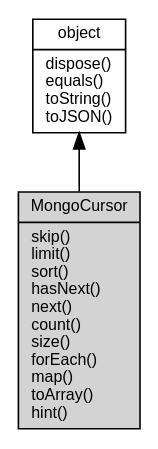
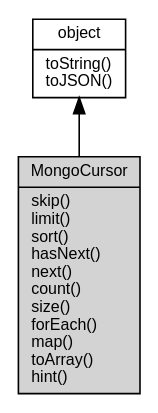
Before and after one commit to asionius/fibjs-ceph: the diagram in docs/object/ifs/MongoCursor.md, drawn with Graphviz. The commit also changed other lines of this file and 138 other files, not shown here.

````diff
--- a/docs/object/ifs/MongoCursor.md
+++ b/docs/object/ifs/MongoCursor.md
@@ -5,10 +5,10 @@
 ```dot
 digraph {
     node [fontname="Helvetica,sans-Serif", fontsize=10, shape="record", style="filled", fillcolor="white"];
 
-    object [tooltip="object", URL="object.md", label="{object|dispose()\lequals()\ltoString()\ltoJSON()\l}"];
-    MongoCursor [tooltip="MongoCursor", fillcolor="lightgray", label="{MongoCursor|skip()\llimit()\lsort()\lhasNext()\lnext()\lcount()\lsize()\lforEach()\lmap()\ltoArray()\lhint()\l}"];
+    object [tooltip="object", URL="object.md", label="{object|toString()\ltoJSON()\l}"];
+    MongoCursor [tooltip="MongoCursor", fillcolor="lightgray", id="me", label="{MongoCursor|skip()\llimit()\lsort()\lhasNext()\lnext()\lcount()\lsize()\lforEach()\lmap()\ltoArray()\lhint()\l}"];
 
     object -> MongoCursor [dir=back];
 }
 ```
````
